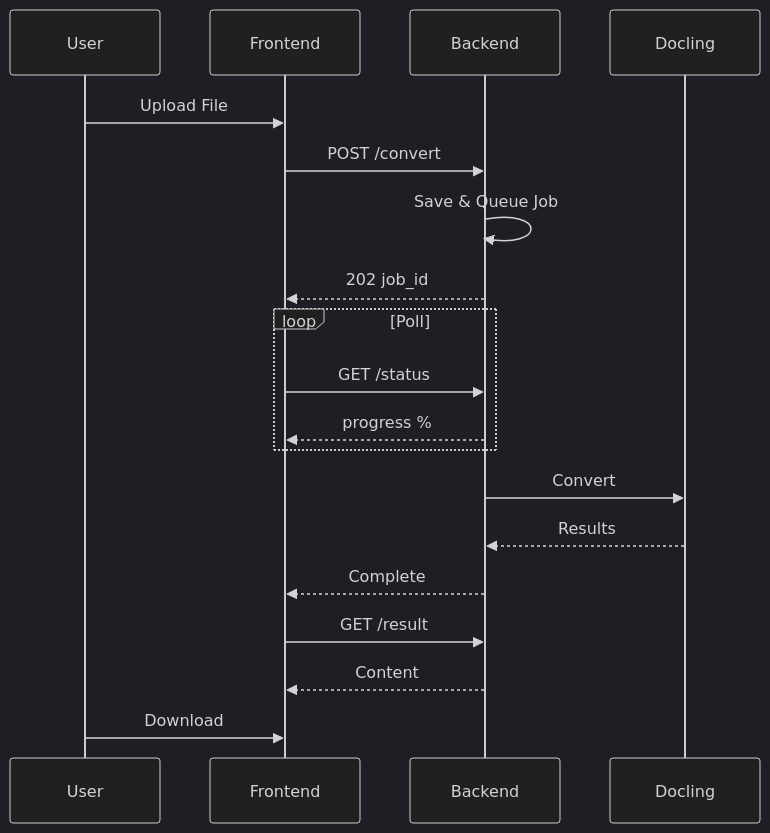
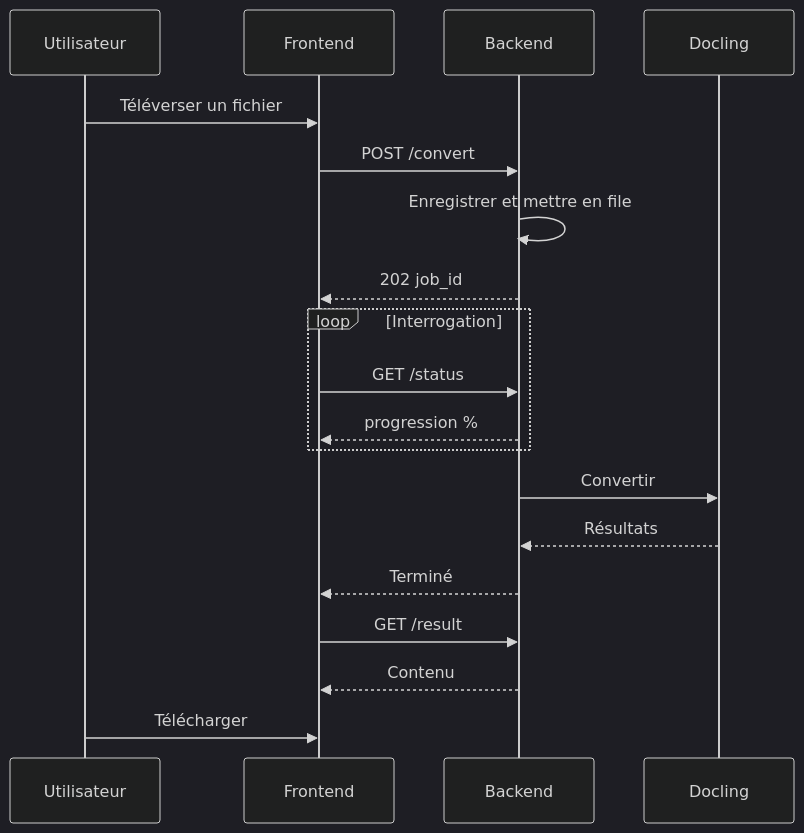
One commit to duckling-ui/duckling changed the fourth of 8 diagrams in docs/fr/architecture/diagrams.md. Above: the diagram before and after it, drawn with Mermaid (dark theme). The commit also changed other lines of this file and 133 other files, not shown here.

````diff
--- a/docs/fr/architecture/diagrams.md
+++ b/docs/fr/architecture/diagrams.md
@@ -100,24 +100,24 @@
 ```mermaid
 sequenceDiagram
-    participant U as User
+    participant U as Utilisateur
     participant F as Frontend
     participant B as Backend
     participant D as Docling
 
-    U->>F: Upload File
+    U->>F: Téléverser un fichier
     F->>B: POST /convert
-    B->>B: Save & Queue Job
+    B->>B: Enregistrer et mettre en file
     B-->>F: 202 job_id
 
-    loop Poll
+    loop Interrogation
         F->>B: GET /status
-        B-->>F: progress %
+        B-->>F: progression %
     end
 
-    B->>D: Convert
-    D-->>B: Results
-    B-->>F: Complete
+    B->>D: Convertir
+    D-->>B: Résultats
+    B-->>F: Terminé
     F->>B: GET /result
-    B-->>F: Content
-    U->>F: Download
+    B-->>F: Contenu
+    U->>F: Télécharger
 ```
````
